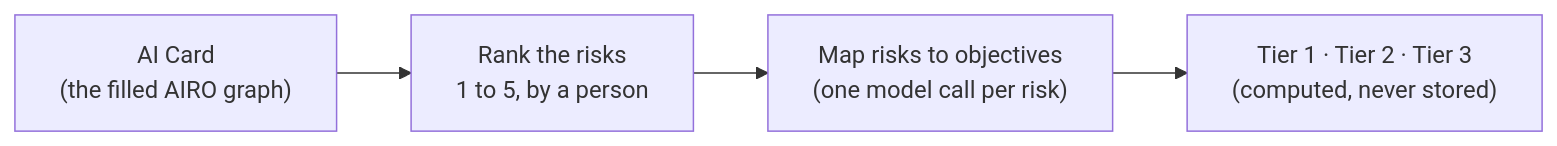
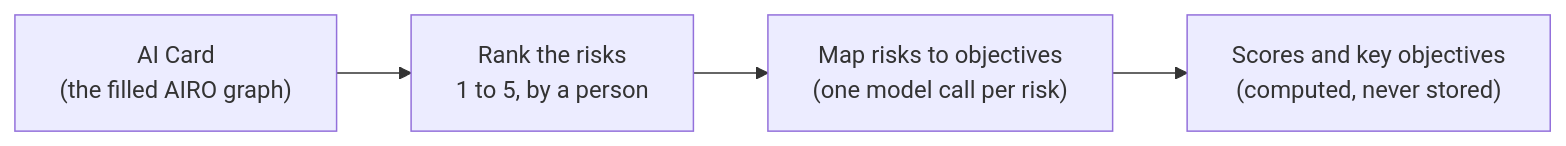
The diagram in README.md (lux-ai-factory/aisc-control-objectives), drawn with Mermaid before and after one commit. The commit also changed other lines of this file and 23 other files, not shown here.

First line of the commit message:
Step 2 is a risk and control matrix: risks rated impact x likelihood, key objectives

````diff
--- a/README.md
+++ b/README.md
@@ -13,6 +13,6 @@
 ```mermaid
 flowchart LR
     A["AI Card<br/>(the filled AIRO graph)"] --> B["Rank the risks<br/>1 to 5, by a person"]
     B --> C["Map risks to objectives<br/>(one model call per risk)"]
-    C --> D["Tier 1 · Tier 2 · Tier 3<br/>(computed, never stored)"]
+    C --> D["Scores and key objectives<br/>(computed, never stored)"]
 ```
````
